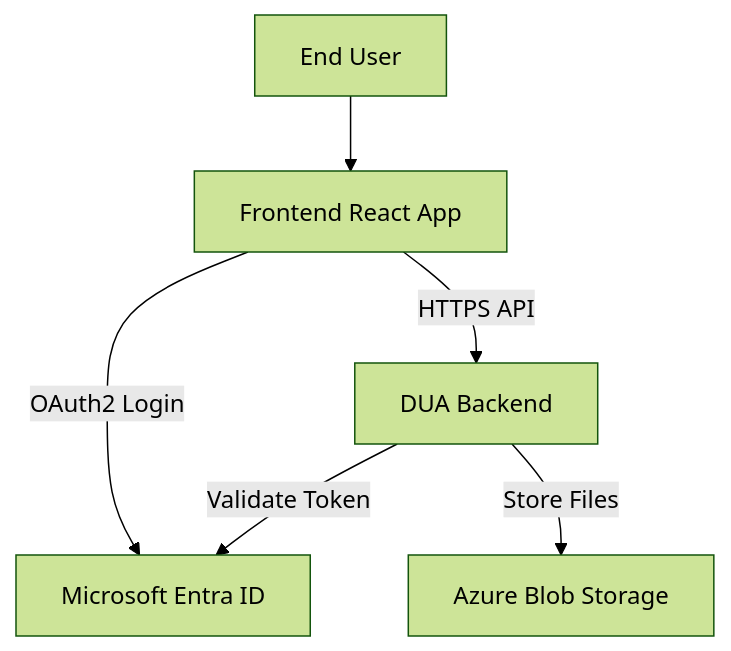
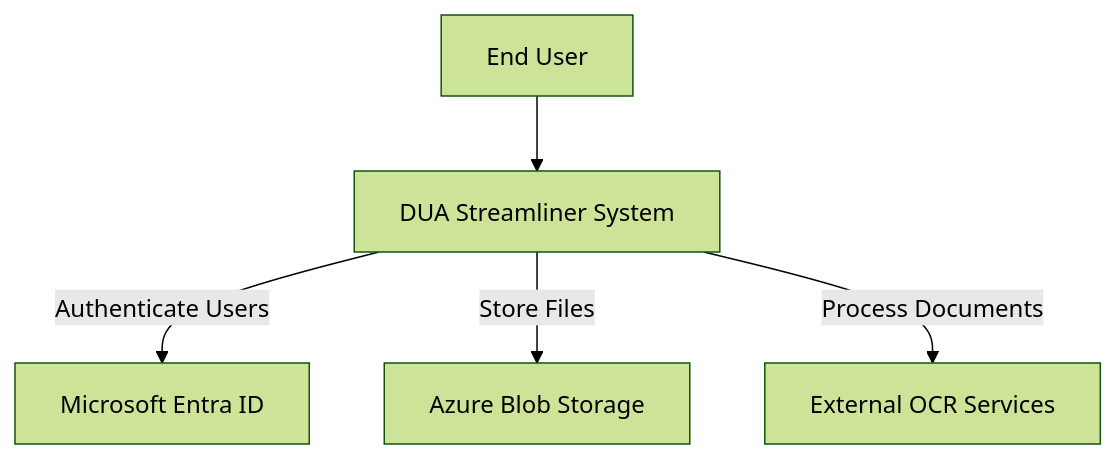
The first of 3 diagrams in README.md (icordero2024/DisenoSoftware2026), drawn with Mermaid (forest theme) before and after one commit. The commit also changed other lines of this file, not shown here.

Commit message:
Minor fixes in 2.8.1 diagram

````diff
--- a/README.md
+++ b/README.md
@@ -1781,15 +1783,14 @@
 ```mermaid
 graph TD
 
 User[End User]
-FE[Frontend React App]
-BE[DUA Backend]
+System[DUA Streamliner System]
 Auth[Microsoft Entra ID]
 Storage[Azure Blob Storage]
+OCR[External OCR Services]
 
-User --> FE
-FE -->|HTTPS API| BE
-FE -->|OAuth2 Login| Auth
-BE -->|Validate Token| Auth
-BE -->|Store Files| Storage
+User --> System
+System -->|Authenticate Users| Auth
+System -->|Store Files| Storage
+System -->|Process Documents| OCR
 ```
````
